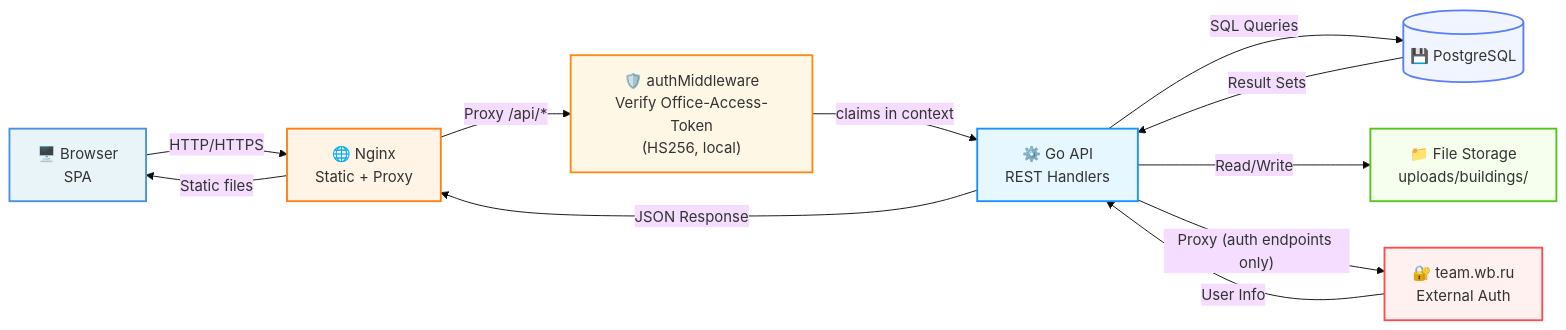
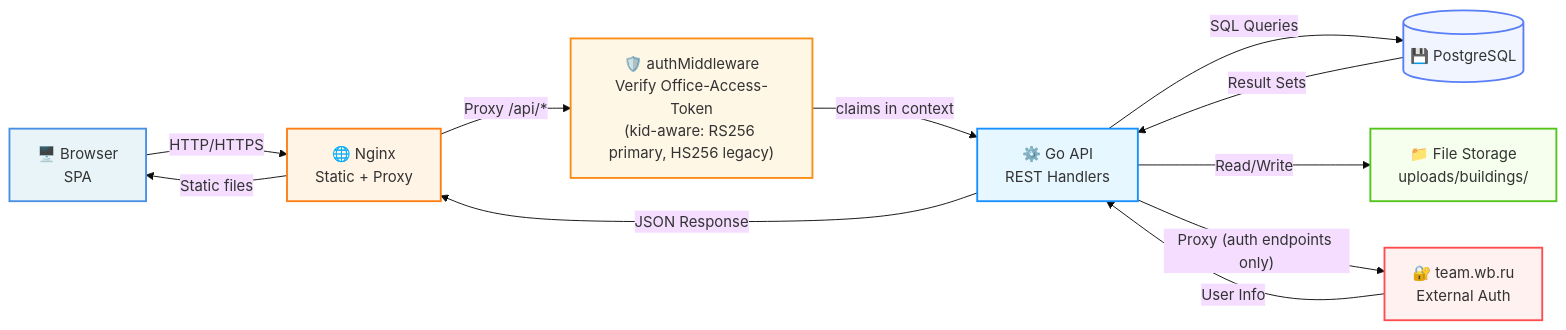
One commit to radiantbald/office-management changed the second of 9 diagrams in DATA_FLOW_DIAGRAM.md. Above: the diagram before and after it, drawn with Mermaid (base theme). The commit also changed other lines of this file and 11 other files, not shown here.

````diff
--- a/DATA_FLOW_DIAGRAM.md
+++ b/DATA_FLOW_DIAGRAM.md
@@ -25,29 +25,29 @@
 ```mermaid
 graph LR
     Browser["🖥️ Browser\nSPA"]
     Nginx["🌐 Nginx\nStatic + Proxy"]
-    MW["🛡️ authMiddleware\nVerify Office-Access-Token\n(HS256, local)"]
+    MW["🛡️ authMiddleware\nVerify Office-Access-Token\n(kid-aware: RS256 primary, HS256 legacy)"]
     API["⚙️ Go API\nREST Handlers"]
     DB[("💾 PostgreSQL")]
     FS["📁 File Storage\nuploads/buildings/"]
     WB["🔐 team.wb.ru\nExternal Auth"]
 
     Browser -- "HTTP/HTTPS" --> Nginx
     Nginx -- "Static files" --> Browser
     Nginx -- "Proxy /api/*" --> MW
     MW -- "claims in context" --> API
     API -- "JSON Response" --> Nginx
     API -- "SQL Queries" --> DB
     DB -- "Result Sets" --> API
     API -- "Read/Write" --> FS
     API -- "Proxy (auth endpoints only)" --> WB
     WB -- "User Info" --> API
 
     style Browser fill:#E8F4F8,stroke:#4A90E2,stroke-width:2px
     style Nginx fill:#FFF4E6,stroke:#FD7E14,stroke-width:2px
     style MW fill:#FFF7E6,stroke:#FA8C16,stroke-width:2px
     style API fill:#E6F7FF,stroke:#1890FF,stroke-width:2px
     style DB fill:#F0F5FF,stroke:#597EF7,stroke-width:2px
     style FS fill:#F6FFED,stroke:#52C41A,stroke-width:2px
     style WB fill:#FFF1F0,stroke:#FF4D4F,stroke-width:2px
 ```
````
